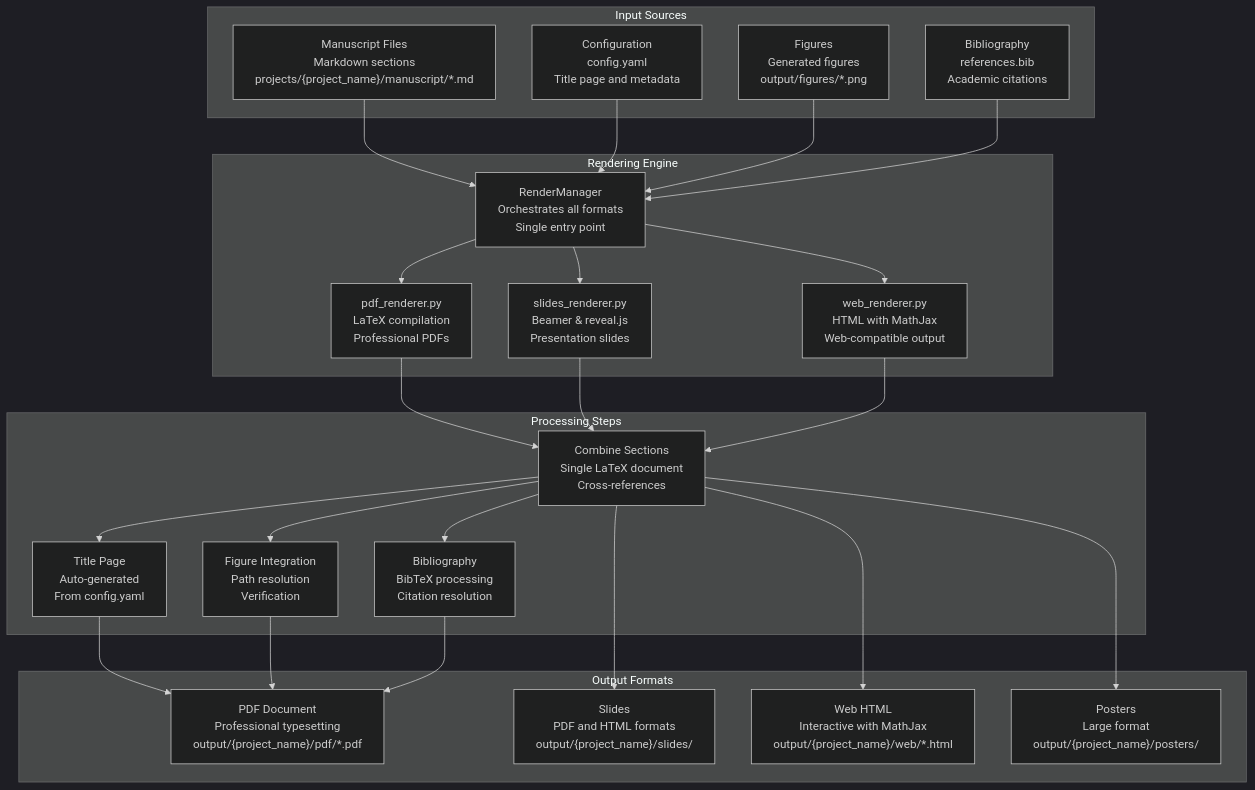
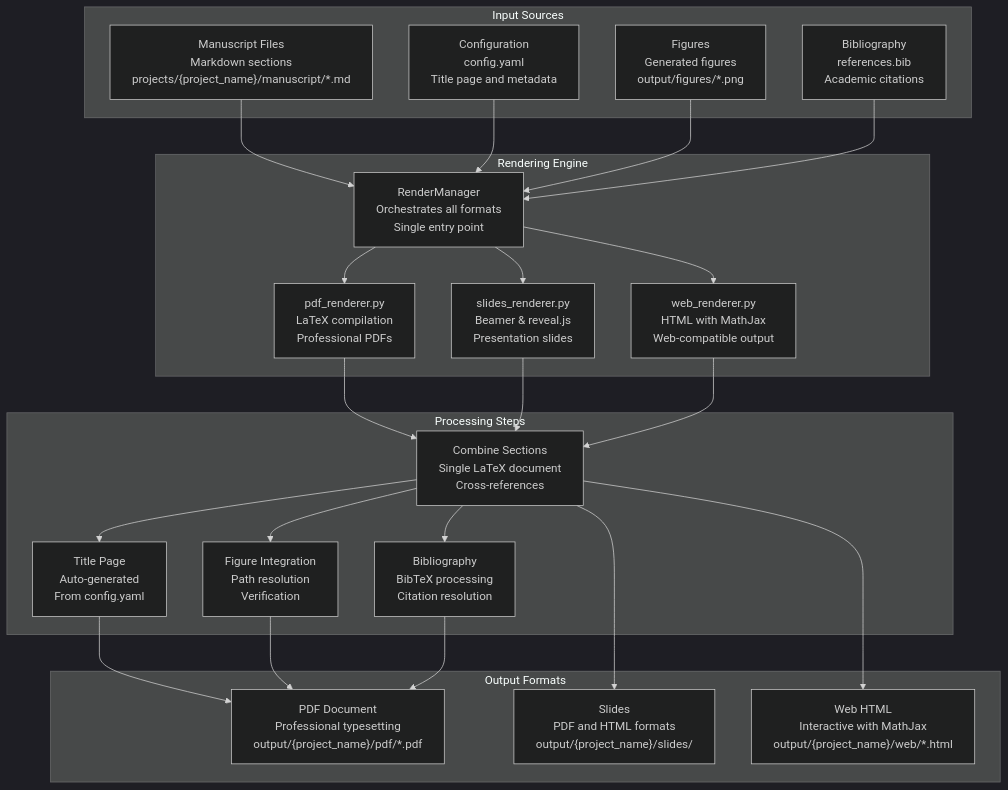
One commit to docxology/template changed the first of 3 diagrams in infrastructure/rendering/README.md. Above: the diagram before and after it, drawn with Mermaid (dark theme). The commit also changed other lines of this file and 8 other files, not shown here.

````diff
--- a/infrastructure/rendering/README.md
+++ b/infrastructure/rendering/README.md
@@ -7,59 +7,57 @@
 ```mermaid
 graph TD
     subgraph Input["Input Sources"]
         MANUSCRIPT["Manuscript Files<br/>Markdown sections<br/>projects/{project_name}/manuscript/*.md"]
         CONFIG["Configuration<br/>config.yaml<br/>Title page and metadata"]
         FIGURES["Figures<br/>Generated figures<br/>output/figures/*.png"]
         BIBLIOGRAPHY[Bibliography<br/>references.bib<br/>Academic citations]
     end
 
     subgraph Rendering["Rendering Engine"]
         MANAGER[RenderManager<br/>Orchestrates all formats<br/>Single entry point]
         PDF[pdf_renderer.py<br/>LaTeX compilation<br/>Professional PDFs]
         SLIDES[slides_renderer.py<br/>Beamer & reveal.js<br/>Presentation slides]
         WEB[web_renderer.py<br/>HTML with MathJax<br/>Web-compatible output]
     end
 
     subgraph Processing["Processing Steps"]
         COMBINE[Combine Sections<br/>Single LaTeX document<br/>Cross-references]
         TITLE[Title Page<br/>Auto-generated<br/>From config.yaml]
         FIGURES_PROC[Figure Integration<br/>Path resolution<br/>Verification]
         BIB_PROC[Bibliography<br/>BibTeX processing<br/>Citation resolution]
     end
 
     subgraph Output["Output Formats"]
         PDF_OUT["PDF Document<br/>Professional typesetting<br/>output/{project_name}/pdf/*.pdf"]
         SLIDES_OUT["Slides<br/>PDF and HTML formats<br/>output/{project_name}/slides/"]
         WEB_OUT["Web HTML<br/>Interactive with MathJax<br/>output/{project_name}/web/*.html"]
-        POSTER_OUT["Posters<br/>Large format<br/>output/{project_name}/posters/"]
     end
 
     MANUSCRIPT --> MANAGER
     CONFIG --> MANAGER
     FIGURES --> MANAGER
     BIBLIOGRAPHY --> MANAGER
 
     MANAGER --> PDF
     MANAGER --> SLIDES
     MANAGER --> WEB
 
     PDF --> COMBINE
     SLIDES --> COMBINE
     WEB --> COMBINE
 
     COMBINE --> TITLE
     COMBINE --> FIGURES_PROC
     COMBINE --> BIB_PROC
 
     TITLE --> PDF_OUT
     FIGURES_PROC --> PDF_OUT
     BIB_PROC --> PDF_OUT
     COMBINE --> SLIDES_OUT
     COMBINE --> WEB_OUT
-    COMBINE --> POSTER_OUT
 
     class Input input
     class Rendering rendering
     class Processing processing
     class Output output
 ```
````
